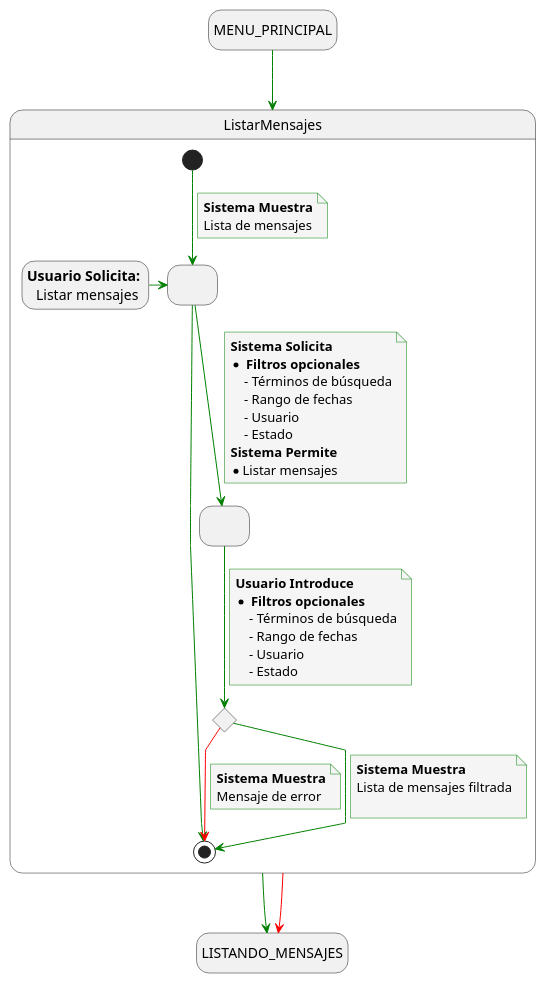
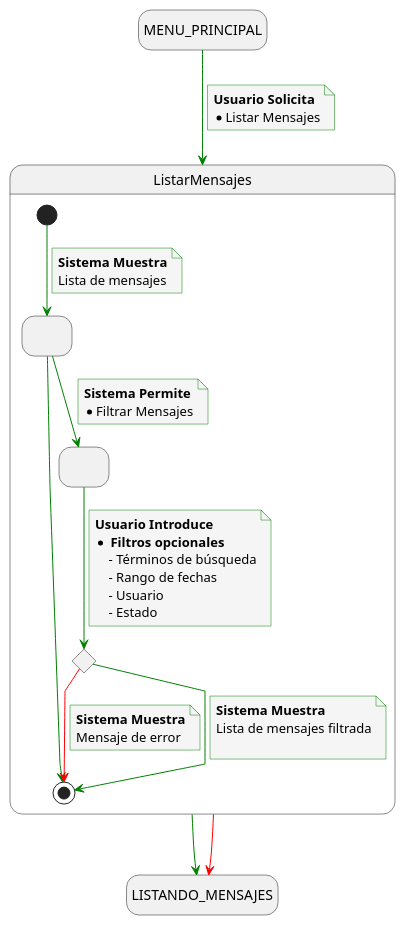
The diagram in docs/casosDeUso/detalladoCasosDeUso/detalladoVisualizacionConfirmacion/detalladoListarMensajes.puml (mmasias/24-25-IdSw1-SDR), drawn with PlantUML before and after one commit. The commit also changed 3 other files, not shown here.

```diff
--- a/docs/casosDeUso/detalladoCasosDeUso/detalladoVisualizacionConfirmacion/detalladoListarMensajes.puml
+++ b/docs/casosDeUso/detalladoCasosDeUso/detalladoVisualizacionConfirmacion/detalladoListarMensajes.puml
@@ -1,69 +1,65 @@
 @startuml
 skinparam {
     NoteBackgroundColor #whiteSmoke
     ArrowColor #green
     NoteBorderColor #green
     linetype polyline
 }
 
 hide empty description
 
 state startState as "MENU_PRINCIPAL"
 state endState as "LISTANDO_MENSAJES"
 
 startState --> ListarMensajes
+note on link
+    <b>Usuario Solicita</b>
+    * Listar Mensajes
+end note
+
 
 ListarMensajes--> endState
 ListarMensajes-[#red]-> endState
 
 state ListarMensajes{
     state solicitudFiltros as " "
     state envioFiltros as " "
     state revisionFiltrosEnviados <<choice>>
-    state usuarioSolicita as "<b>Usuario Solicita:</b> \n Listar mensajes"
-
-    usuarioSolicita -> solicitudFiltros
     [*] --> solicitudFiltros
     note on link
         <b>Sistema Muestra</b>
         Lista de mensajes
     end note
 
     solicitudFiltros -r-> [*]
 
     solicitudFiltros --> envioFiltros
-    note on link
-        <b>Sistema Solicita</b>
-        * <b> Filtros opcionales </b>
-            - Términos de búsqueda
-            - Rango de fechas
-            - Usuario
-            - Estado
+    note on link  
         <b>Sistema Permite</b>
-        * Listar mensajes
+        * Filtrar Mensajes 
     end note
 
     envioFiltros --> revisionFiltrosEnviados
     note on link
         <b>Usuario Introduce</b>
         * <b> Filtros opcionales </b>
             - Términos de búsqueda
             - Rango de fechas
             - Usuario
             - Estado
     end note
 
     revisionFiltrosEnviados -[#red]-> [*]
     note on link
         <b>Sistema Muestra</b>
         Mensaje de error
     end note
 
     revisionFiltrosEnviados --> [*]
     note on link
         <b>Sistema Muestra</b>
         Lista de mensajes filtrada
 
     end note
 }
 @enduml
```
